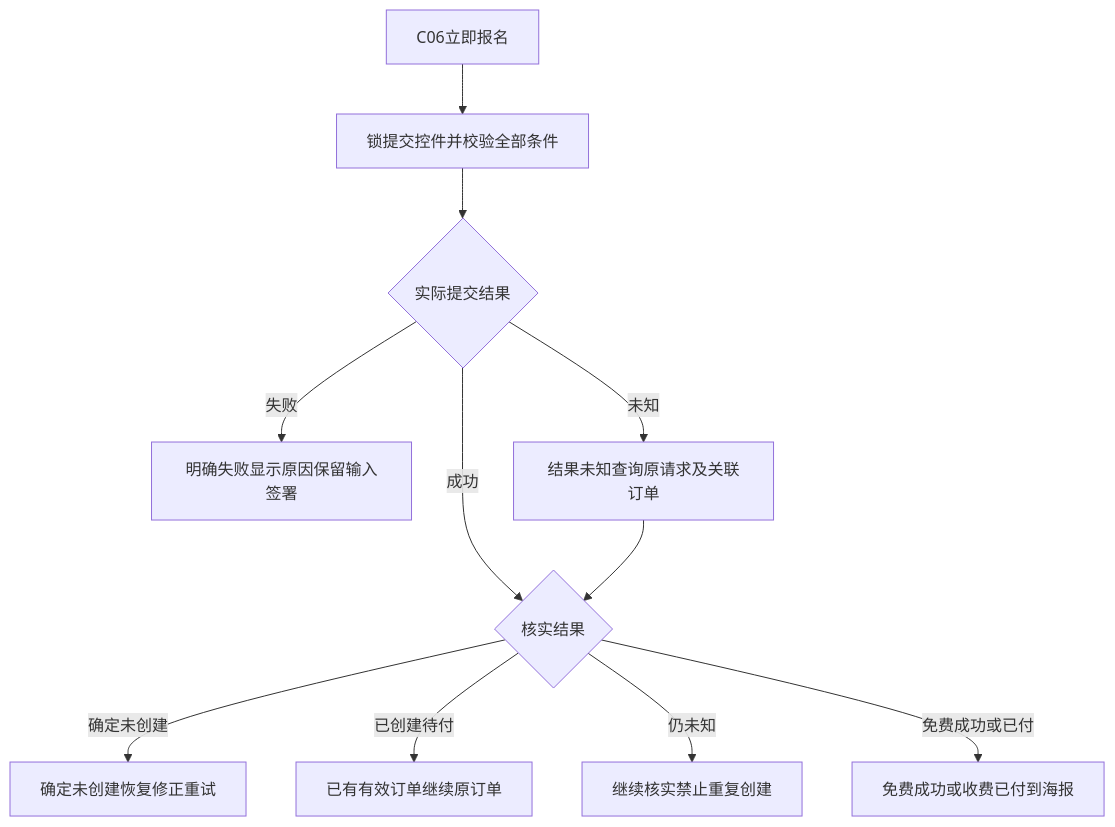
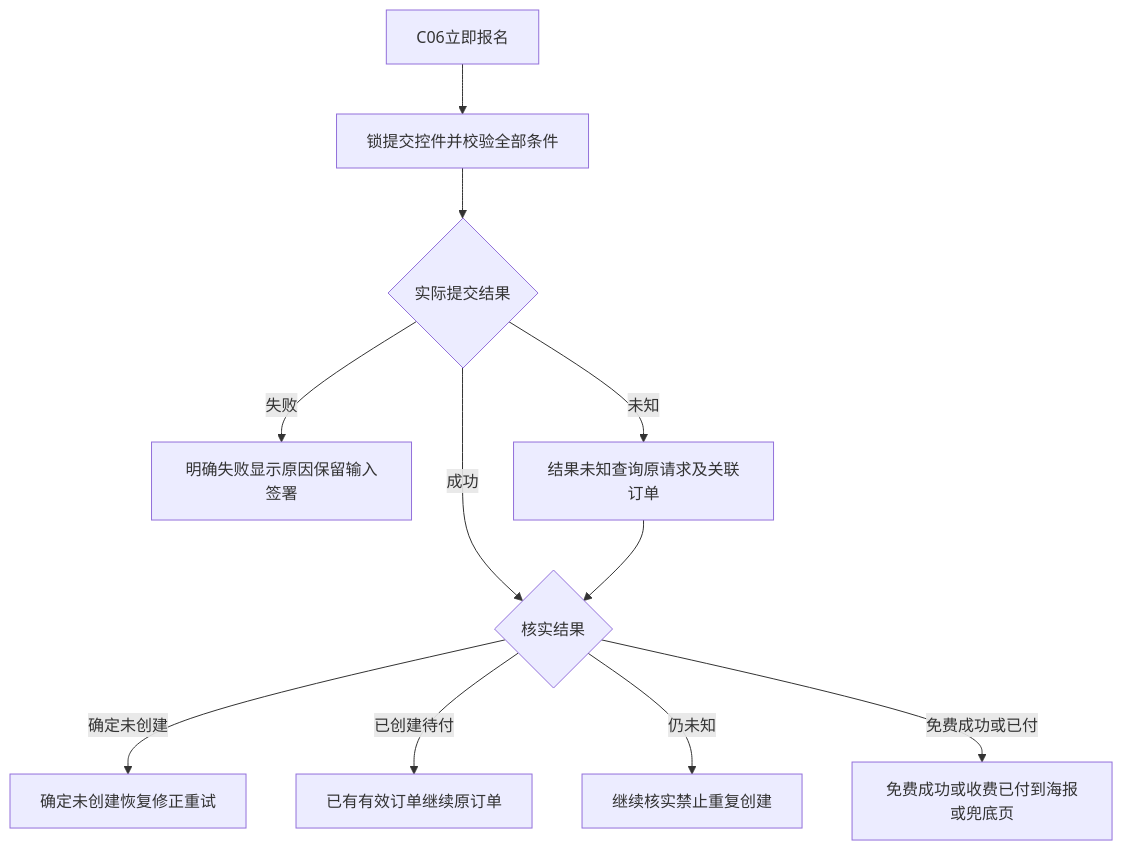
The fifth of 8 diagrams in dev-test-versions/2026-event-registration-20261110/方案与需求/2026-event-registration-20261110/02-全程流程图.md (susantung/yanuoda), drawn with Mermaid before and after one commit. The commit also changed other lines of this file and 19 other files, not shown here.

Commit message:
Unify event documentation menus and update confirmed registration flows

````diff
--- a/dev-test-versions/2026-event-registration-20261110/方案与需求/2026-event-registration-20261110/02-全程流程图.md
+++ b/dev-test-versions/2026-event-registration-20261110/方案与需求/2026-event-registration-20261110/02-全程流程图.md
@@ -174,23 +180,23 @@
 ```mermaid
 flowchart TD
  A[C06立即报名]
  B[锁提交控件并校验全部条件]
  C{实际提交结果}
  D[明确失败显示原因保留输入签署]
  E[结果未知查询原请求及关联订单]
  F{核实结果}
  G[确定未创建恢复修正重试]
  H[已有有效订单继续原订单]
  I[继续核实禁止重复创建]
- J[免费成功或收费已付到海报]
+ J[免费成功或收费已付到海报或兜底页]
  A --> B
  B --> C
  C -->|失败| D
  C -->|未知| E
  C -->|成功| F
  E --> F
  F -->|确定未创建| G
  F -->|已创建待付| H
  F -->|仍未知| I
  F -->|免费成功或已付| J
 ```
````
